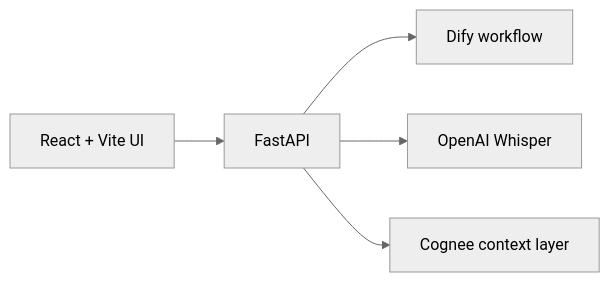
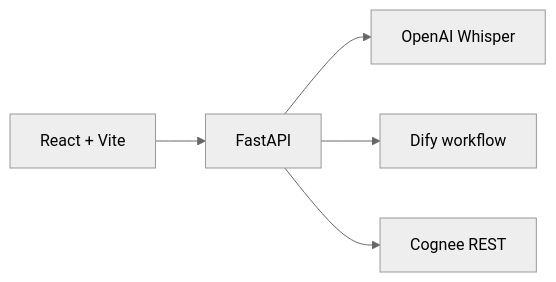
The fifth of 5 diagrams in slides/slides.md (ohdoking/2026-cognee-dify-hackathon), drawn with Mermaid (neutral theme) before and after one commit. The commit also changed other lines of this file, not shown here.

Commit message:
add rest code

````diff
--- a/slides/slides.md
+++ b/slides/slides.md
@@ -167,7 +180,7 @@
 ```mermaid
 flowchart LR
-    A[React + Vite UI] --> B[FastAPI]
-    B --> C[Dify workflow]
-    B --> D[OpenAI Whisper]
-    B --> E[Cognee context layer]
+    A[React + Vite] --> B[FastAPI]
+    B --> C[OpenAI Whisper]
+    B --> D[Dify workflow]
+    B --> E[Cognee REST]
 ```
````
